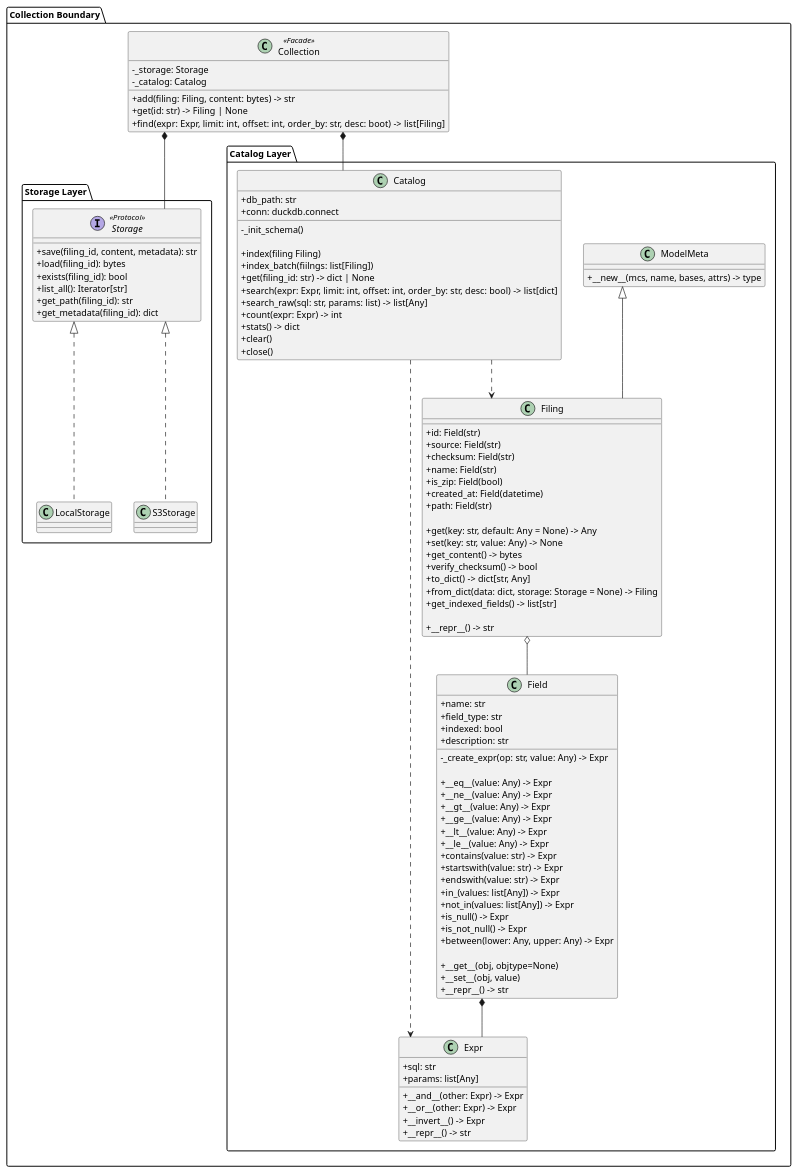
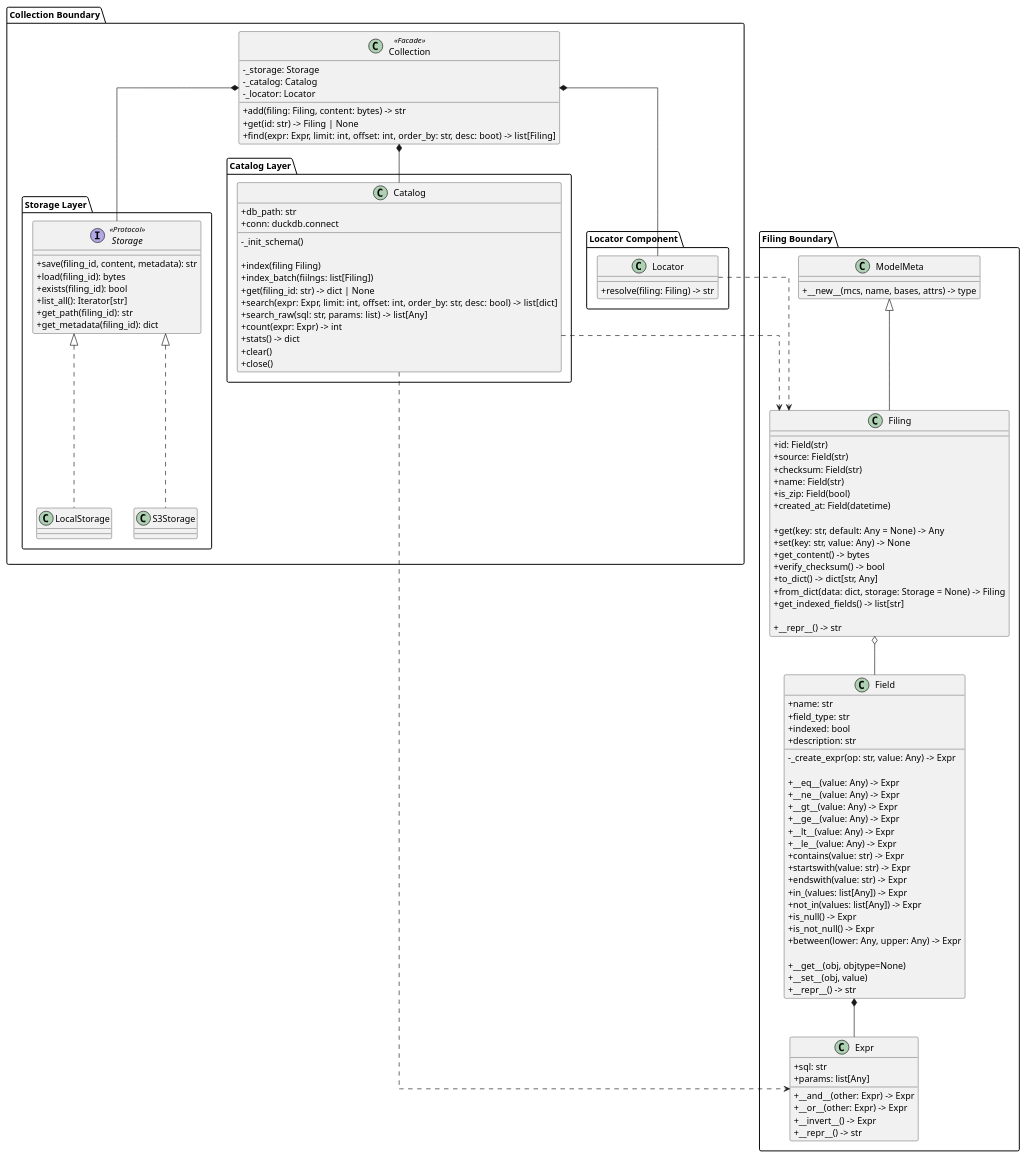
One commit to fino-dev/fino-filing changed the diagram in docs/collection/coding_collection.puml. Above: the diagram before and after it, drawn with PlantUML.

Commit message:
fix graph add locator

```diff
--- a/docs/collection/coding_collection.puml
+++ b/docs/collection/coding_collection.puml
@@ -1,131 +1,141 @@
 @startuml FilingCollection Class Diagram
 skinparam linetype ortho
 skinparam classAttributeIconSize 0
 
 package "Collection Boundary" {
 
     class Collection <<Facade>> {
         - _storage: Storage
         - _catalog: Catalog
+        - _locator: Locator
 
         + add(filing: Filing, content: bytes) -> str
         + get(id: str) -> Filing | None
         + find(expr: Expr, limit: int, offset: int, order_by: str, desc: boot) -> list[Filing]
+    }
+
+    package "Locator Component" {
+        class Locator {
+            + resolve(filing: Filing) -> str
+        }
     }
 
     package "Storage Layer" {
         interface Storage <<Protocol>> {
             + save(filing_id, content, metadata): str
             + load(filing_id): bytes
             + exists(filing_id): bool
             + list_all(): Iterator[str]
             + get_path(filing_id): str
             + get_metadata(filing_id): dict
         }
         
         class LocalStorage {}
 
         class S3Storage {}
     }
 
     package "Catalog Layer" {
-
-
-        class Expr {
-            + sql: str
-            + params: list[Any]
-
-            + __and__(other: Expr) -> Expr
-            + __or__(other: Expr) -> Expr
-            + __invert__() -> Expr
-            + __repr__() -> str
-        }
-
-        class Field {
-            + name: str
-            + field_type: str
-            + indexed: bool
-            + description: str
-
-            - _create_expr(op: str, value: Any) -> Expr
-
-            + __eq__(value: Any) -> Expr
-            + __ne__(value: Any) -> Expr
-            + __gt__(value: Any) -> Expr
-            + __ge__(value: Any) -> Expr
-            + __lt__(value: Any) -> Expr
-            + __le__(value: Any) -> Expr
-            + contains(value: str) -> Expr
-            + startswith(value: str) -> Expr
-            + endswith(value: str) -> Expr
-            + in_(values: list[Any]) -> Expr
-            + not_in(values: list[Any]) -> Expr
-            + is_null() -> Expr
-            + is_not_null() -> Expr
-            + between(lower: Any, upper: Any) -> Expr
-
-            + __get__(obj, objtype=None)
-            + __set__(obj, value)
-            + __repr__() -> str
-        }
-
-        class ModelMeta {
-            + __new__(mcs, name, bases, attrs) -> type
-        }
-
-        class Filing {
-            + id: Field(str)
-            + source: Field(str)
-            + checksum: Field(str)
-            + name: Field(str)
-            + is_zip: Field(bool)
-            + created_at: Field(datetime)
-            + path: Field(str)
-
-            + get(key: str, default: Any = None) -> Any
-            + set(key: str, value: Any) -> None
-            + get_content() -> bytes
-            + verify_checksum() -> bool
-            + to_dict() -> dict[str, Any]
-            + from_dict(data: dict, storage: Storage = None) -> Filing
-            + get_indexed_fields() -> list[str]
-            
-            + __repr__() -> str
-        }
-
         class Catalog {
             + db_path: str
             + conn: duckdb.connect
 
             - _init_schema()
 
             + index(filing Filing)
             + index_batch(fiilngs: list[Filing])
             + get(filing_id: str) -> dict | None
             + search(expr: Expr, limit: int, offset: int, order_by: str, desc: bool) -> list[dict]
             + search_raw(sql: str, params: list) -> list[Any]
             + count(expr: Expr) -> int
             + stats() -> dict
             + clear()
             + close()
         }
     }
 
-    ' 継承
-    ModelMeta <|-- Filing
-    ' 集約 (自律的な親子関係)
-    Filing o-- Field
-    ' 構成
-    Collection *-- Storage
-    Collection *-- Catalog
-    Field *-- Expr
-    ' 依存
-    Catalog  ..> Filing 
-    Catalog ..> Expr
-    ' 実装
-    Storage <|.. LocalStorage
-    Storage <|.. S3Storage
 
 }
 
+package "Filing Boundary" {
+
+    class ModelMeta {
+        + __new__(mcs, name, bases, attrs) -> type
+    }
+
+    class Filing {
+        + id: Field(str)
+        + source: Field(str)
+        + checksum: Field(str)
+        + name: Field(str)
+        + is_zip: Field(bool)
+        + created_at: Field(datetime)
+
+        + get(key: str, default: Any = None) -> Any
+        + set(key: str, value: Any) -> None
+        + get_content() -> bytes
+        + verify_checksum() -> bool
+        + to_dict() -> dict[str, Any]
+        + from_dict(data: dict, storage: Storage = None) -> Filing
+        + get_indexed_fields() -> list[str]
+        
+        + __repr__() -> str
+    }
+
+    class Expr {
+        + sql: str
+        + params: list[Any]
+
+        + __and__(other: Expr) -> Expr
+        + __or__(other: Expr) -> Expr
+        + __invert__() -> Expr
+        + __repr__() -> str
+    }
+
+    class Field {
+        + name: str
+        + field_type: str
+        + indexed: bool
+        + description: str
+
+        - _create_expr(op: str, value: Any) -> Expr
+
+        + __eq__(value: Any) -> Expr
+        + __ne__(value: Any) -> Expr
+        + __gt__(value: Any) -> Expr
+        + __ge__(value: Any) -> Expr
+        + __lt__(value: Any) -> Expr
+        + __le__(value: Any) -> Expr
+        + contains(value: str) -> Expr
+        + startswith(value: str) -> Expr
+        + endswith(value: str) -> Expr
+        + in_(values: list[Any]) -> Expr
+        + not_in(values: list[Any]) -> Expr
+        + is_null() -> Expr
+        + is_not_null() -> Expr
+        + between(lower: Any, upper: Any) -> Expr
+
+        + __get__(obj, objtype=None)
+        + __set__(obj, value)
+        + __repr__() -> str
+    }
+}
+
+' 継承
+ModelMeta <|-- Filing
+' 集約 (自律的な親子関係)
+Filing o-- Field
+' 構成
+Collection *-- Storage
+Collection *-- Catalog
+Collection *-- Locator
+Field *-- Expr
+' 依存
+Catalog  ..> Filing 
+Catalog ..> Expr
+Locator ..> Filing
+' 実装
+Storage <|.. LocalStorage
+Storage <|.. S3Storage
+
 @enduml
```
